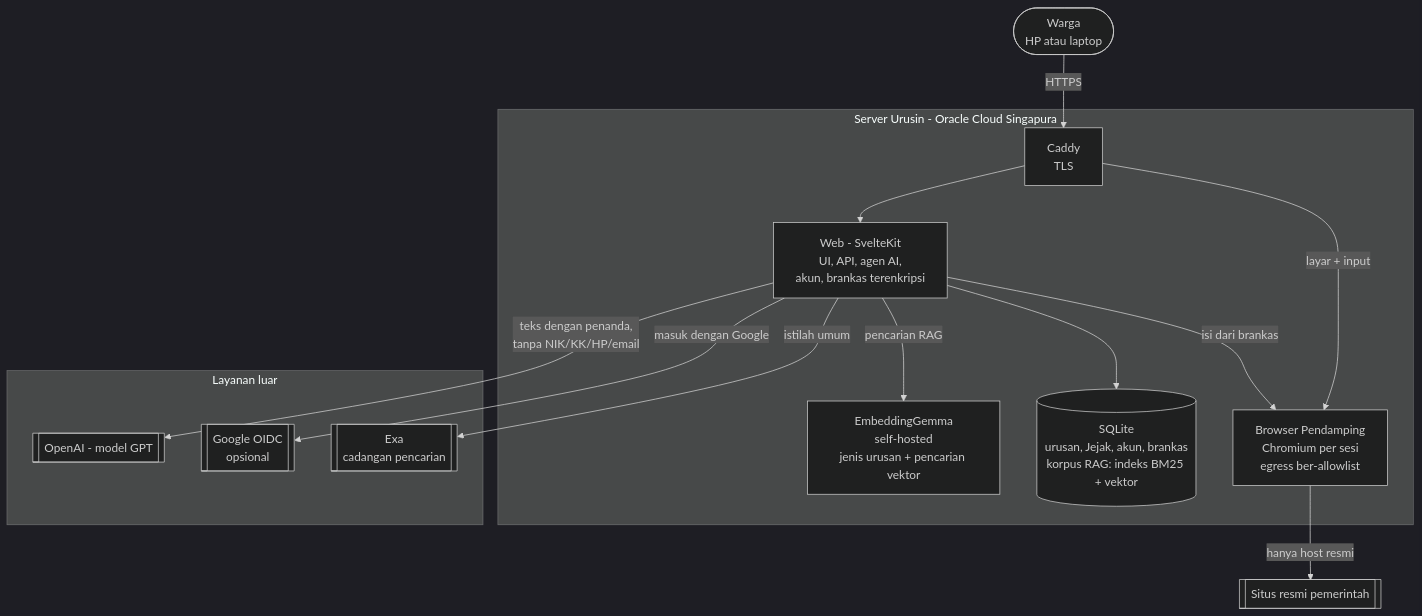
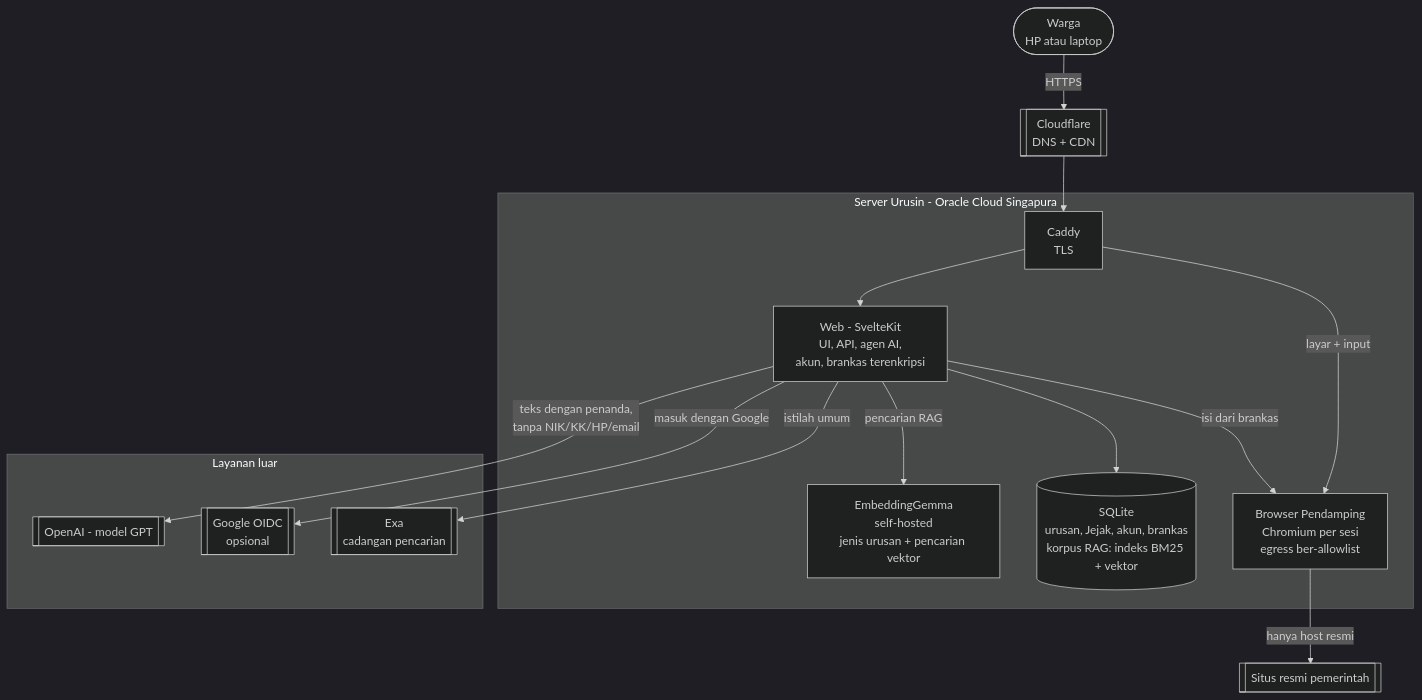
The diagram in README.md (bynguts/urusin), drawn with Mermaid (dark theme) before and after one commit. The commit also changed other lines of this file and 3 other files, not shown here.

````diff
--- a/README.md
+++ b/README.md
@@ -132,31 +132,34 @@
 ```mermaid
 flowchart TB
   W(["Warga<br/>HP atau laptop"])
 
   subgraph SRV["Server Urusin - Oracle Cloud Singapura"]
     C["Caddy<br/>TLS"]
     WEB["Web - SvelteKit<br/>UI, API, agen AI,<br/>akun, brankas terenkripsi"]
     EMB["EmbeddingGemma<br/>self-hosted<br/>jenis urusan + pencarian vektor"]
     DB[("SQLite<br/>urusan, Jejak, akun, brankas<br/>korpus RAG: indeks BM25 + vektor")]
     PD["Browser Pendamping<br/>Chromium per sesi<br/>egress ber-allowlist"]
   end
 
   subgraph EXT["Layanan luar"]
     LLM[["OpenAI - model GPT"]]
     GO[["Google OIDC<br/>opsional"]]
     EXA[["Exa<br/>cadangan pencarian"]]
   end
 
   GOV[["Situs resmi pemerintah"]]
 
-  W -->|"HTTPS"| C
+  CF[["Cloudflare<br/>DNS + CDN"]]
+
+  W -->|"HTTPS"| CF
+  CF --> C
   C --> WEB
   C -->|"layar + input"| PD
   WEB -->|"pencarian RAG"| EMB
   WEB --> DB
   WEB -->|"isi dari brankas"| PD
   PD -->|"hanya host resmi"| GOV
   WEB -->|"teks dengan penanda,<br/>tanpa NIK/KK/HP/email"| LLM
   WEB -->|"masuk dengan Google"| GO
   WEB -->|"istilah umum"| EXA
 ```
````
